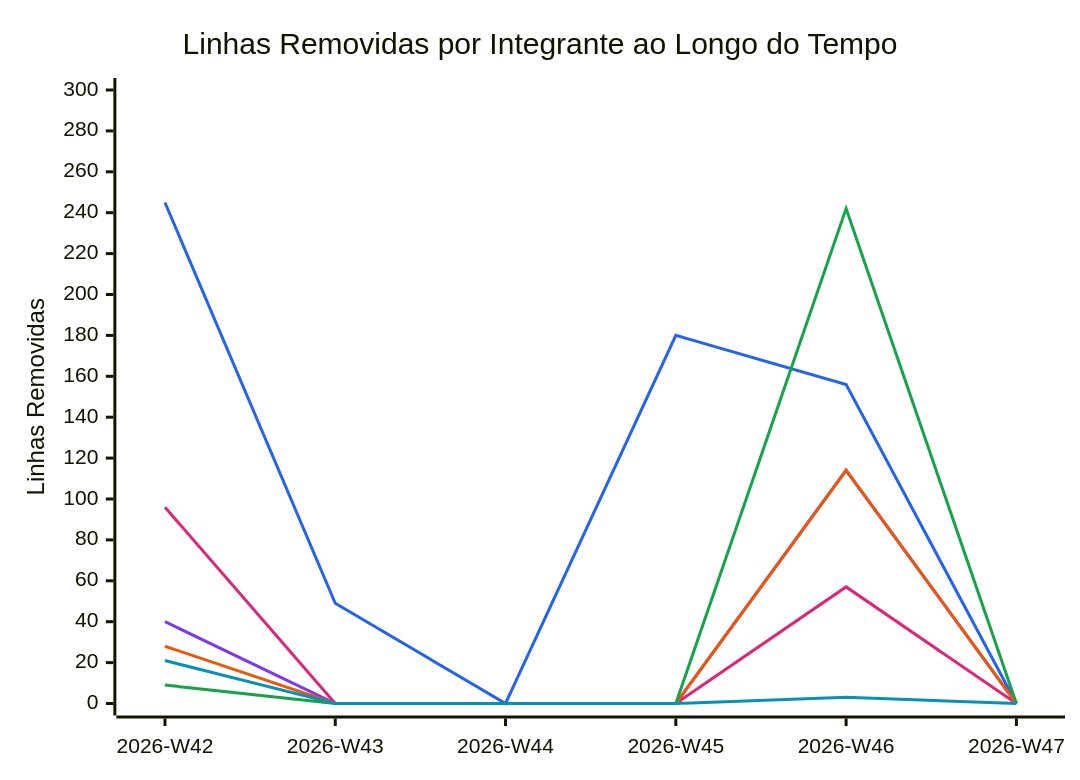
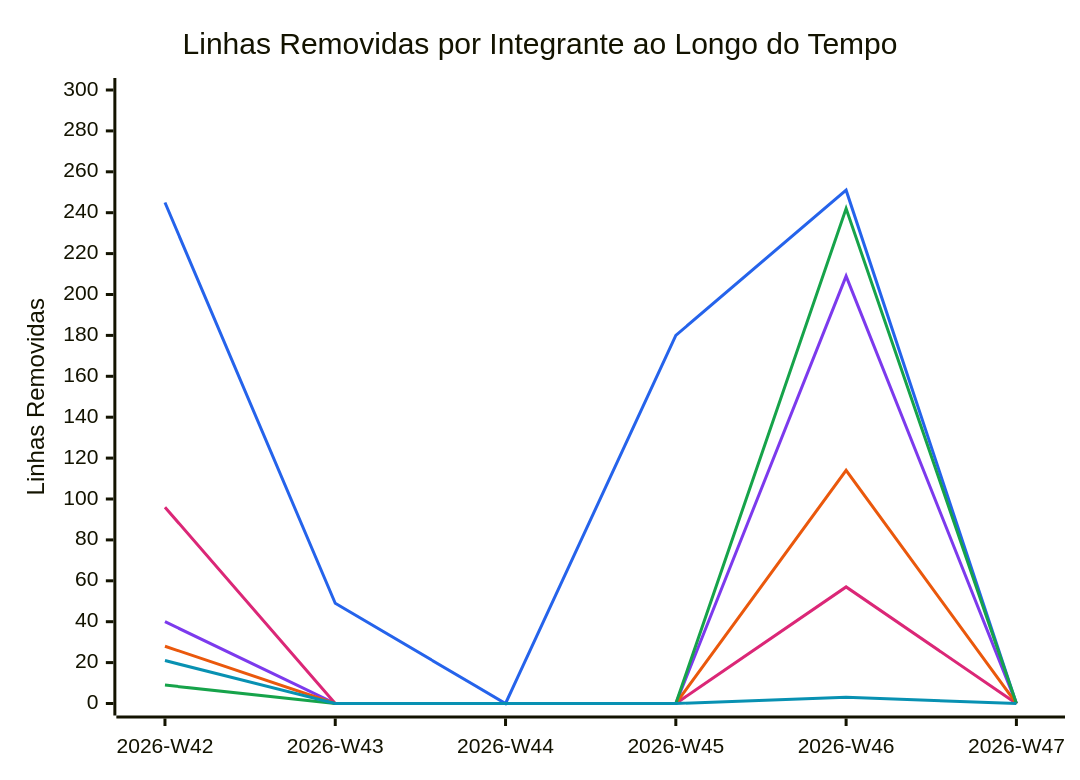
Before and after one commit to FCTE-Qualidade-de-Software-1/2026-2_T02_KAY_MCNULTY: the diagram in snippets/code-deletions.mmd, drawn with Mermaid. The commit also changed 5 other files, not shown here.

```diff
--- a/snippets/code-deletions.mmd
+++ b/snippets/code-deletions.mmd
@@ -1,11 +1,11 @@
 %%{init: {"themeVariables": {"xyChart": {"plotColorPalette": "#2563eb, #7c3aed, #db2777, #ea580c, #16a34a, #0891b2"}}}}%%
 xychart-beta
     title "Linhas Removidas por Integrante ao Longo do Tempo"
     x-axis ["2026-W42", "2026-W43", "2026-W44", "2026-W45", "2026-W46", "2026-W47"]
     y-axis "Linhas Removidas" 0 --> 300
-    line [245, 49, 0, 180, 156, 0]
-    line [40, 0, 0, 0, 114, 0]
+    line [245, 49, 0, 180, 251, 0]
+    line [40, 0, 0, 0, 209, 0]
     line [96, 0, 0, 0, 57, 0]
     line [28, 0, 0, 0, 114, 0]
     line [9, 0, 0, 0, 242, 0]
     line [21, 0, 0, 0, 3, 0]
```
